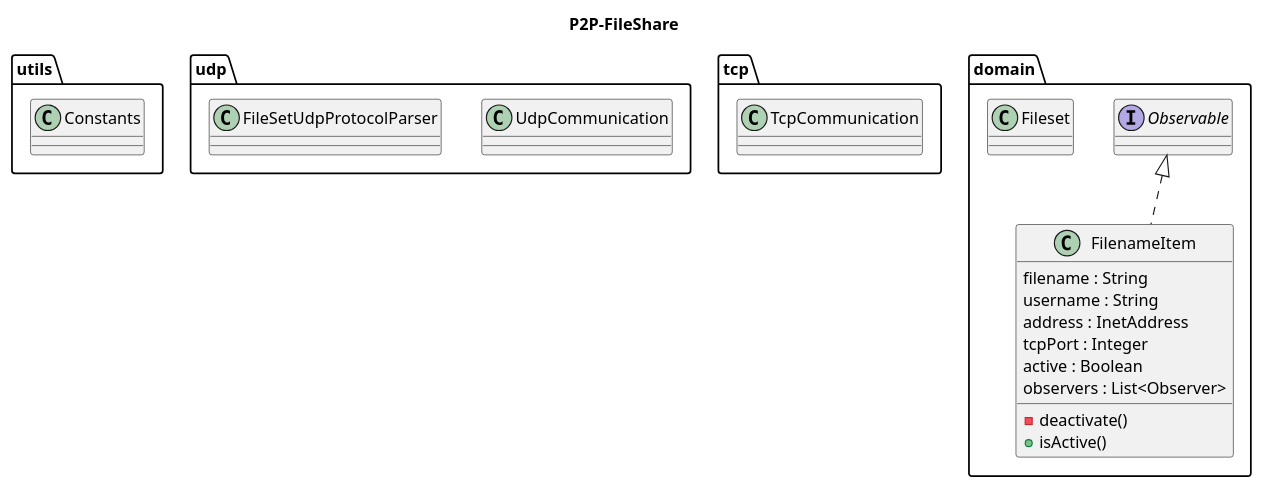
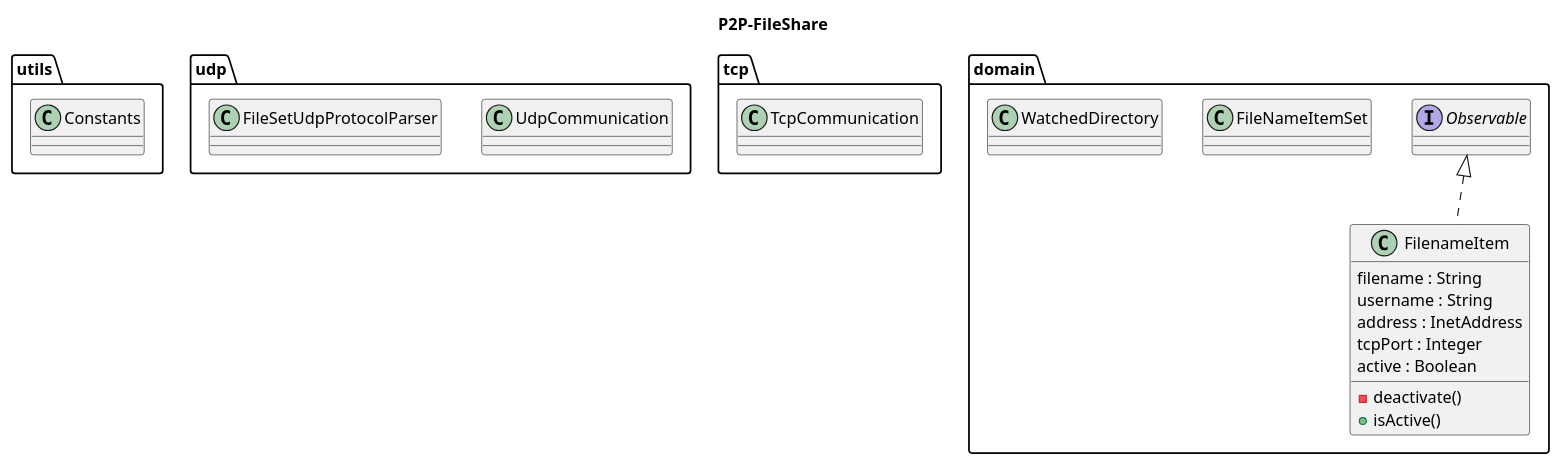
Before and after one commit to danieljfgoncalves/p2p-file-share-app: the diagram in resources/DomainModel.puml, drawn with PlantUML. The commit also changed 8 other files, not shown here.

```diff
--- a/resources/DomainModel.puml
+++ b/resources/DomainModel.puml
@@ -1,37 +1,36 @@
 @startuml
 title P2P-FileShare
 
 package "utils" {
     class Constants
 }
 
 package "udp" {
 
     class UdpCommunication
     class FileSetUdpProtocolParser
 }
 
 package "tcp" {
 
     class TcpCommunication
 }
 
 package "domain" {
 
     class FilenameItem implements Observable {
 
         filename : String
         username : String
         address : InetAddress
         tcpPort : Integer
         active : Boolean
-        observers : List<Observer>
 
         -deactivate()
         +isActive()
     }
-
-    class Fileset
+    class FileNameItemSet
+    class WatchedDirectory
 }
 
 @enduml
```
